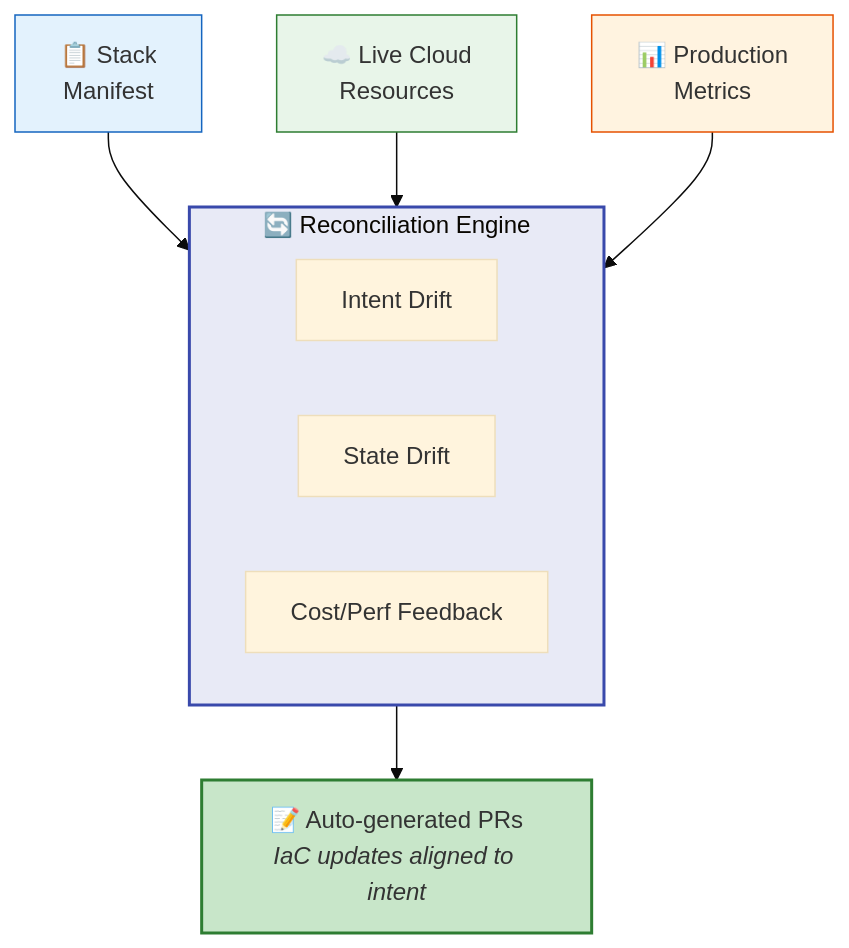
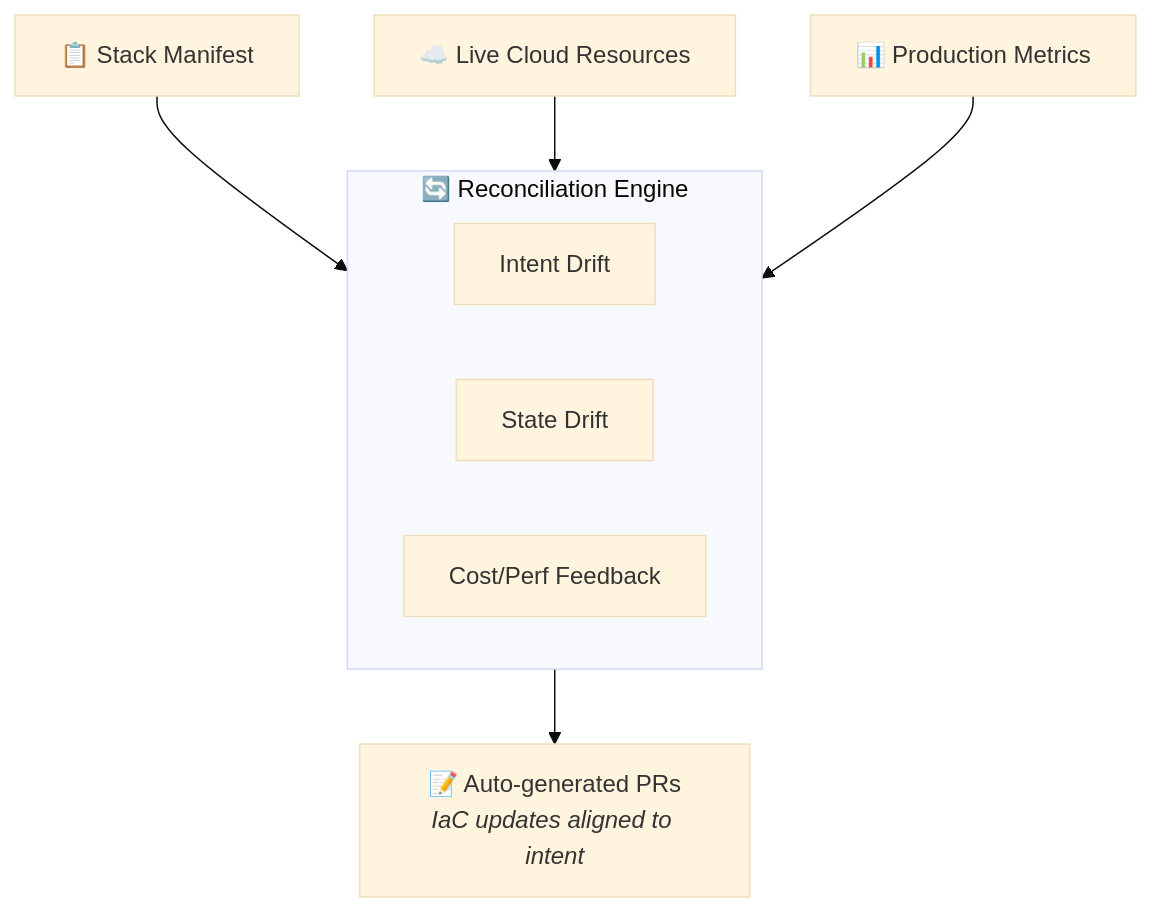
Before and after one commit to thothforge/thothctl: the second of 2 diagrams in docs/framework/roadmap_fdi.md, drawn with Mermaid (base theme). The commit also changed other lines of this file and 1 other file, not shown here.

Commit message:
fix(docs): align mermaid diagram style with ai-review README conventions

````diff
--- a/docs/framework/roadmap_fdi.md
+++ b/docs/framework/roadmap_fdi.md
@@ -193,24 +187,18 @@
 ```mermaid
 graph TB
-    SM["📋 Stack<br/>Manifest"]
-    LC["☁️ Live Cloud<br/>Resources"]
-    PM["📊 Production<br/>Metrics"]
+    SM["📋 Stack Manifest"]
+    LC["☁️ Live Cloud Resources"]
+    PM["📊 Production Metrics"]
 
     SM --> RE
     LC --> RE
     PM --> RE
 
     subgraph RE["🔄 Reconciliation Engine"]
         ID["Intent Drift"]
         SD["State Drift"]
         CF["Cost/Perf Feedback"]
     end
 
     RE --> PR["📝 Auto-generated PRs<br/><i>IaC updates aligned to intent</i>"]
-
-    style SM fill:#e3f2fd,stroke:#1565c0
-    style LC fill:#e8f5e9,stroke:#2e7d32
-    style PM fill:#fff3e0,stroke:#e65100
-    style RE fill:#e8eaf6,stroke:#3949ab,stroke-width:2px
-    style PR fill:#c8e6c9,stroke:#2e7d32,stroke-width:2px
 ```
````
